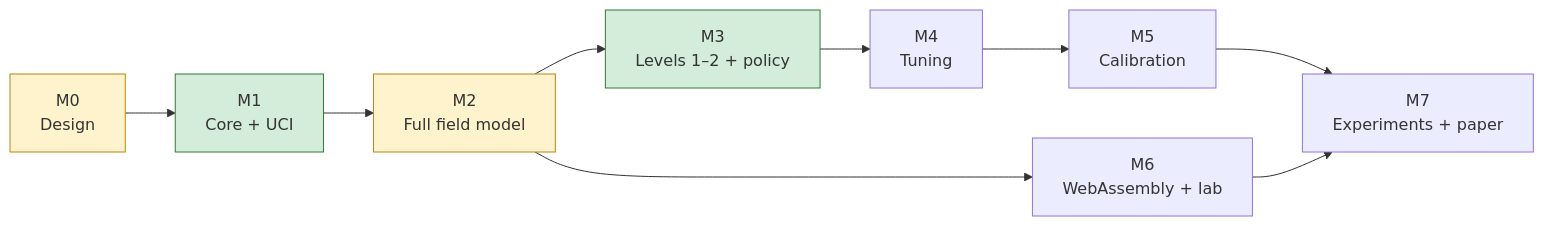
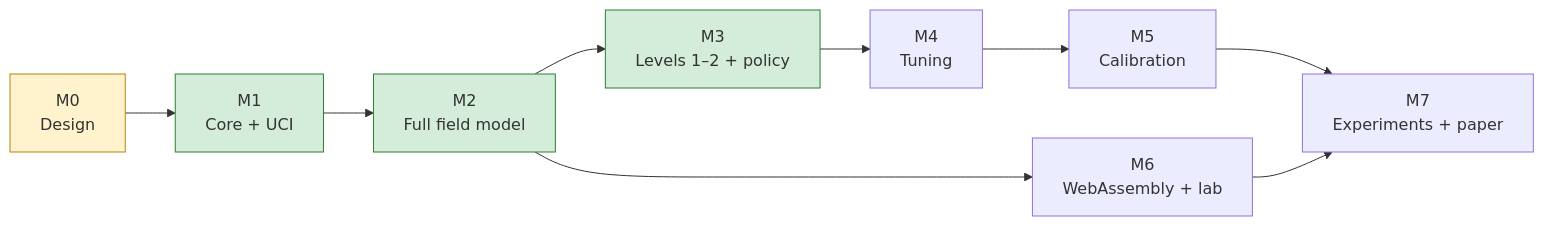
Before and after one commit to sr2echa/Nabla: the diagram in docs/roadmap.md, drawn with Mermaid. The commit also changed other lines of this file and 11 other files, not shown here.

````diff
--- a/docs/roadmap.md
+++ b/docs/roadmap.md
@@ -10,15 +10,15 @@
 ```mermaid
 flowchart LR
     M0["M0<br/>Design"] --> M1["M1<br/>Core + UCI"]
     M1 --> M2["M2<br/>Full field model"]
     M2 --> M3["M3<br/>Levels 1–2 + policy"]
     M3 --> M4["M4<br/>Tuning"]
     M4 --> M5["M5<br/>Calibration"]
     M2 --> M6["M6<br/>WebAssembly + lab"]
     M5 --> M7["M7<br/>Experiments + paper"]
     M6 --> M7
     classDef done fill:#d4edda,stroke:#2e7d32;
     classDef partial fill:#fff3cd,stroke:#b8860b;
-    class M1,M3 done;
-    class M0,M2 partial;
+    class M1,M2,M3 done;
+    class M0 partial;
 ```
````
